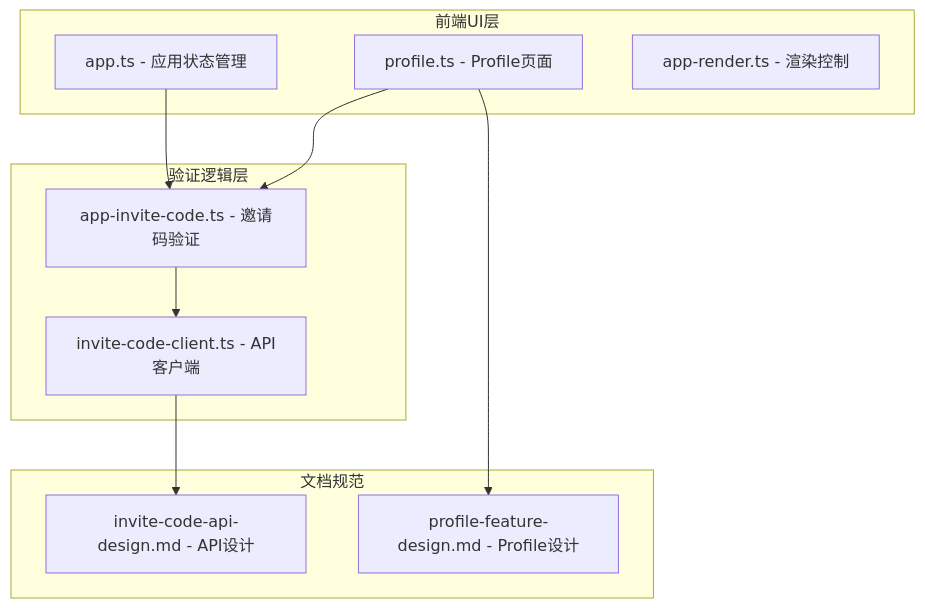
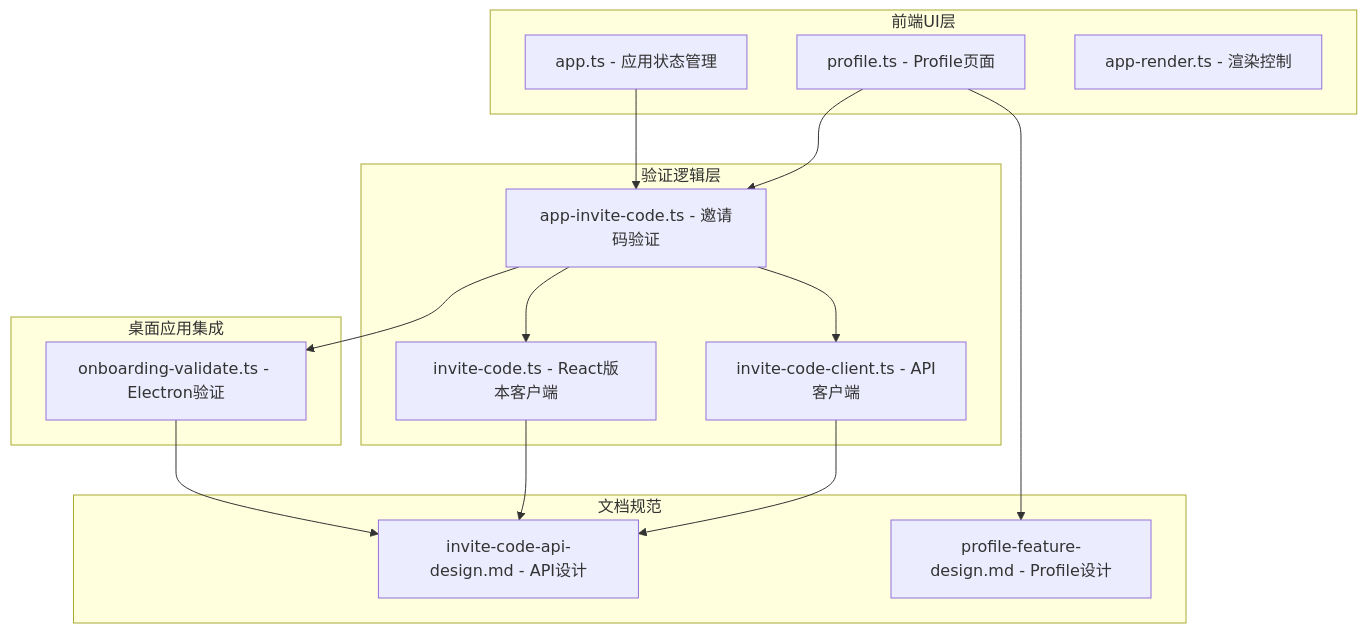
One commit to verse-ai-org/openclaw changed the first of 7 diagrams in .qoder/repowiki/zh/content/核心概念/Profile功能设计文档/Profile邀请码集成.md. Above: the diagram before and after it, drawn with Mermaid. The commit also changed other lines of this file and 24 other files, not shown here.

````diff
--- a/.qoder/repowiki/zh/content/核心概念/Profile功能设计文档/Profile邀请码集成.md
+++ b/.qoder/repowiki/zh/content/核心概念/Profile功能设计文档/Profile邀请码集成.md
@@ -35,21 +47,29 @@
 ```mermaid
 graph TB
 subgraph "前端UI层"
 A[profile.ts - Profile页面]
 B[app.ts - 应用状态管理]
 C[app-render.ts - 渲染控制]
 end
 subgraph "验证逻辑层"
 D[app-invite-code.ts - 邀请码验证]
 E[invite-code-client.ts - API客户端]
+F[invite-code.ts - React版本客户端]
+end
+subgraph "桌面应用集成"
+G[onboarding-validate.ts - Electron验证]
 end
 subgraph "文档规范"
-F[invite-code-api-design.md - API设计]
-G[profile-feature-design.md - Profile设计]
+H[invite-code-api-design.md - API设计]
+I[profile-feature-design.md - Profile设计]
 end
 A --> D
 B --> D
 D --> E
-E --> F
-A --> G
+D --> F
+D --> G
+E --> H
+F --> H
+G --> H
+A --> I
 ```
````
